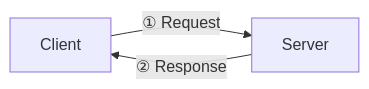
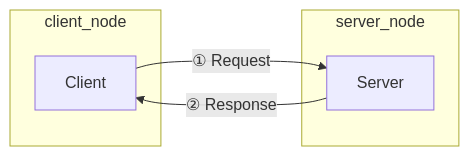
One commit to Harlequinade1123/ros1-tutorials changed the first of 4 diagrams in docs/06_actionlib.md. Above: the diagram before and after it, drawn with Mermaid. The commit also changed other lines of this file, not shown here.

Commit message:
docs: add Client/Server subgraphs to Service and Action diagrams in ch.6

````diff
--- a/docs/06_actionlib.md
+++ b/docs/06_actionlib.md
@@ -18,5 +18,11 @@
 ```mermaid
 graph LR
-    C["Client"] -->|"① Request"| S["Server"]
+    subgraph clientNode ["client_node"]
+        C["Client"]
+    end
+    subgraph serverNode ["server_node"]
+        S["Server"]
+    end
+    C -->|"① Request"| S
     S -->|"② Response"| C
 ```
````
